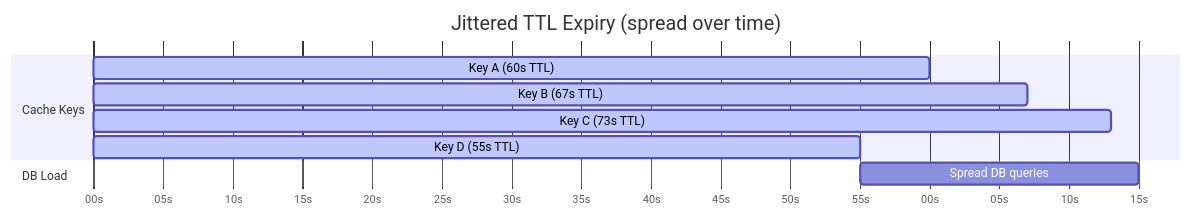
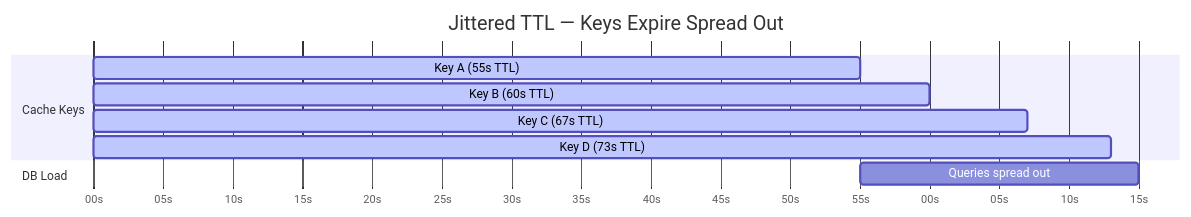
The second of 7 diagrams in content/posts/39-caching-strategies.md (g-savitha/portfolio), drawn with Mermaid before and after one commit. The commit also changed other lines of this file, not shown here.

````diff
--- a/content/posts/39-caching-strategies.md
+++ b/content/posts/39-caching-strategies.md
@@ -59,15 +81,15 @@
 ```mermaid
 gantt
-    title Jittered TTL Expiry (spread over time)
+    title Jittered TTL — Keys Expire Spread Out
     dateFormat  ss
     axisFormat %Ss
 
     section Cache Keys
-    Key A (60s TTL)     :active, 00, 60s
-    Key B (67s TTL)     :active, 00, 67s
-    Key C (73s TTL)     :active, 00, 73s
-    Key D (55s TTL)     :active, 00, 55s
+    Key A (55s TTL)     :active, 00, 55s
+    Key B (60s TTL)     :active, 00, 60s
+    Key C (67s TTL)     :active, 00, 67s
+    Key D (73s TTL)     :active, 00, 73s
 
     section DB Load
-    Spread DB queries   :55, 20s
+    Queries spread out  :55, 20s
 ```
````
